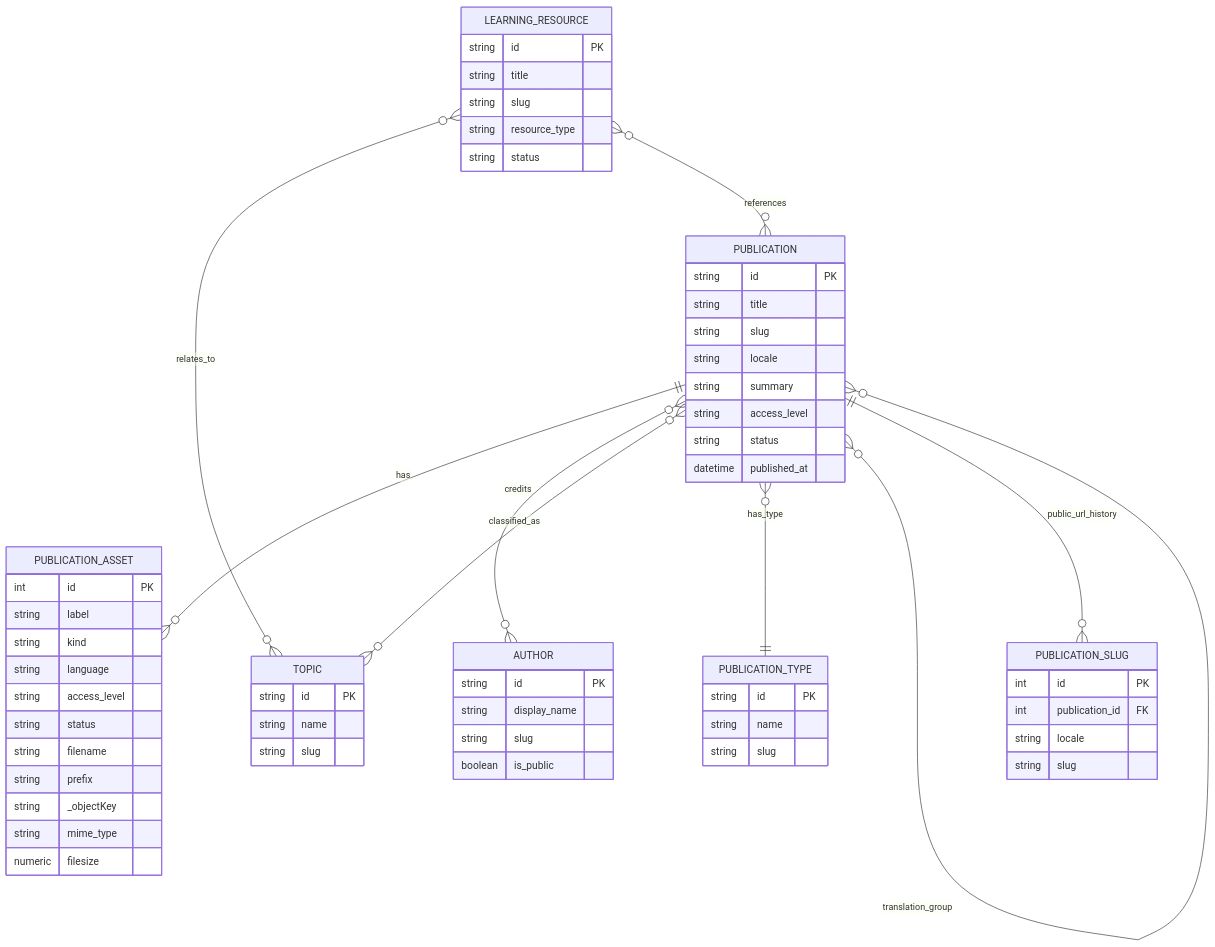
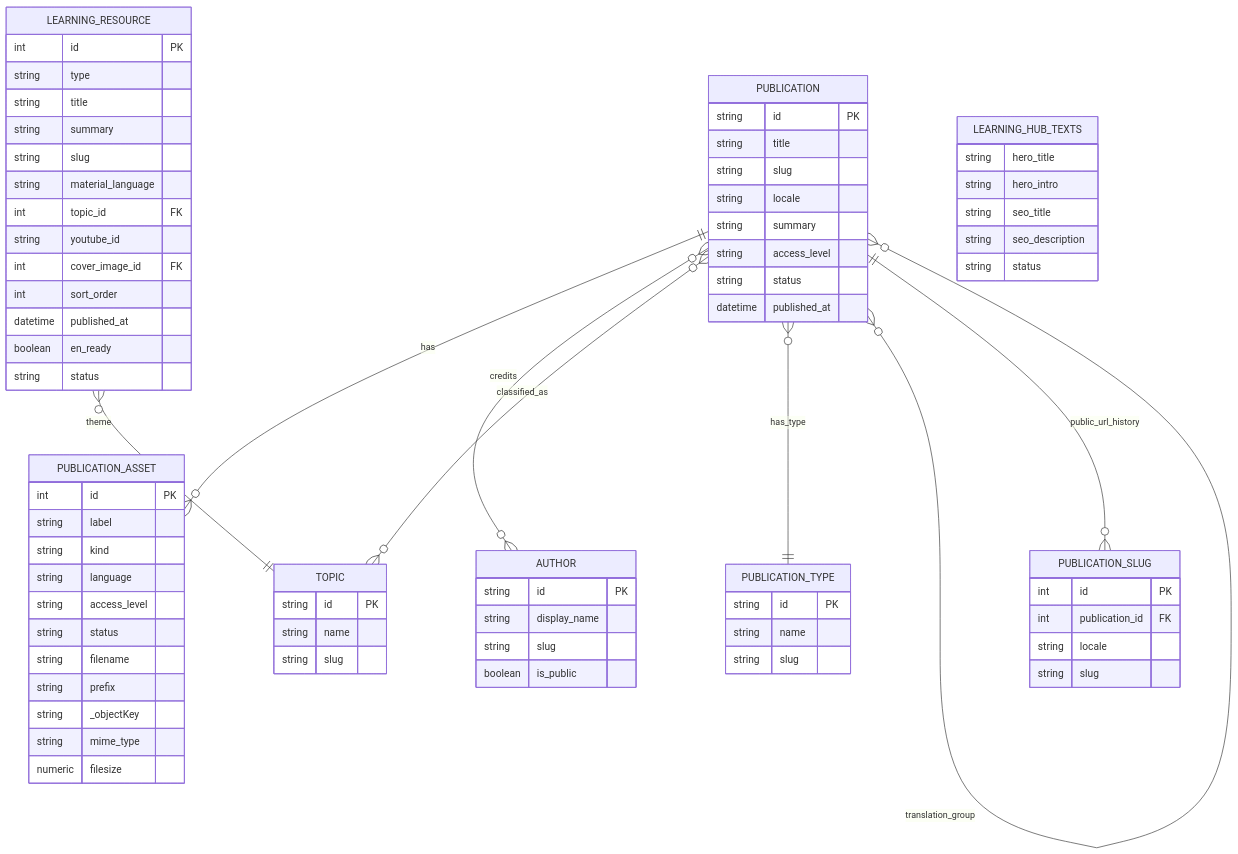
The first of 2 diagrams in docs/architecture/ERD.md (mahira-id/mahira-foundation), drawn with Mermaid before and after one commit. The commit also changed other lines of this file and 15 other files, not shown here.

First line of the commit message:
docs(M3-11/M3-12): Learning Hub decisions, specs, tests and Owner Preview check

````diff
--- a/docs/architecture/ERD.md
+++ b/docs/architecture/ERD.md
@@ -8,64 +8,78 @@
 ```mermaid
 erDiagram
   PUBLICATION ||--o{ PUBLICATION_ASSET : has
   PUBLICATION }o--o{ AUTHOR : credits
   PUBLICATION }o--o{ TOPIC : classified_as
   PUBLICATION }o--|| PUBLICATION_TYPE : has_type
   PUBLICATION }o--o{ PUBLICATION : translation_group
   PUBLICATION ||--o{ PUBLICATION_SLUG : public_url_history
-  LEARNING_RESOURCE }o--o{ TOPIC : relates_to
-  LEARNING_RESOURCE }o--o{ PUBLICATION : references
+  LEARNING_RESOURCE }o--|| TOPIC : theme
 
   PUBLICATION {
     string id PK
     string title
     string slug
     string locale
     string summary
     string access_level
     string status
     datetime published_at
   }
   PUBLICATION_SLUG {
     int id PK
     int publication_id FK
     string locale
     string slug
   }
   PUBLICATION_ASSET {
     int id PK
     string label
     string kind
     string language
     string access_level
     string status
     string filename
     string prefix
     string _objectKey
     string mime_type
     numeric filesize
   }
   AUTHOR {
     string id PK
     string display_name
     string slug
     boolean is_public
   }
   TOPIC {
     string id PK
     string name
     string slug
   }
   PUBLICATION_TYPE {
     string id PK
     string name
     string slug
   }
   LEARNING_RESOURCE {
-    string id PK
+    int id PK
+    string type
     string title
+    string summary
     string slug
-    string resource_type
+    string material_language
+    int topic_id FK
+    string youtube_id
+    int cover_image_id FK
+    int sort_order
+    datetime published_at
+    boolean en_ready
+    string status
+  }
+  LEARNING_HUB_TEXTS {
+    string hero_title
+    string hero_intro
+    string seo_title
+    string seo_description
     string status
   }
 ```
````
